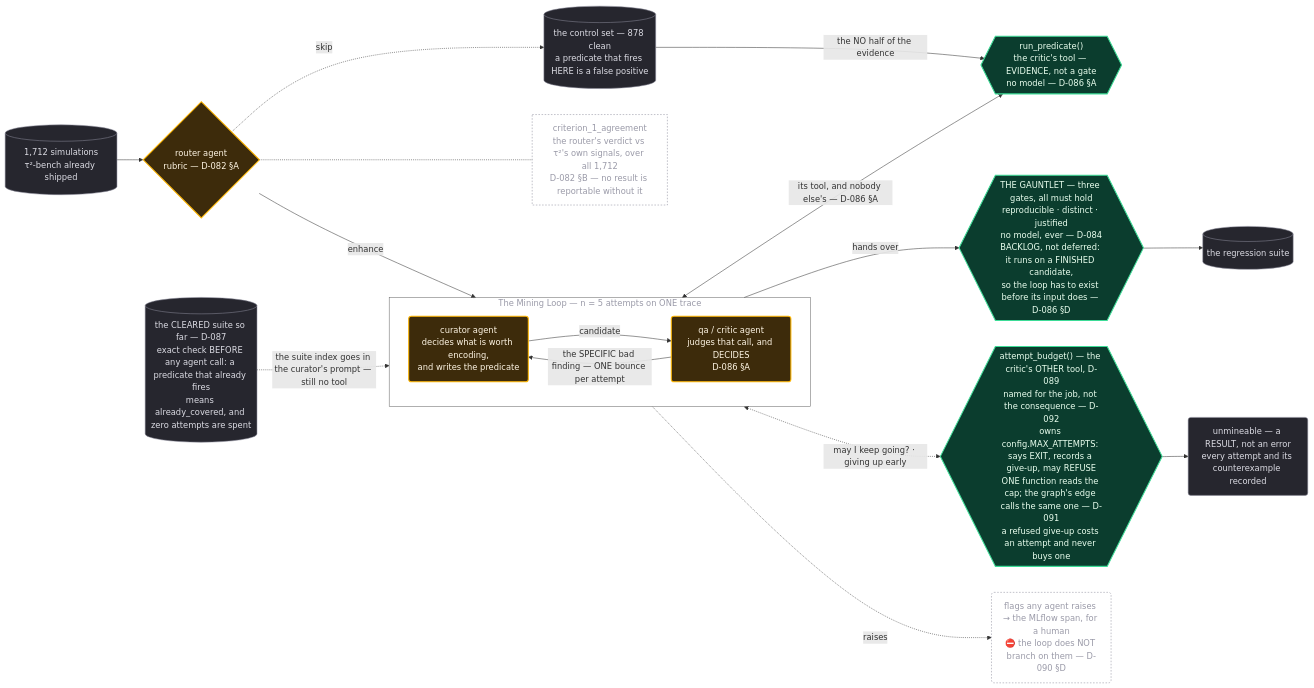
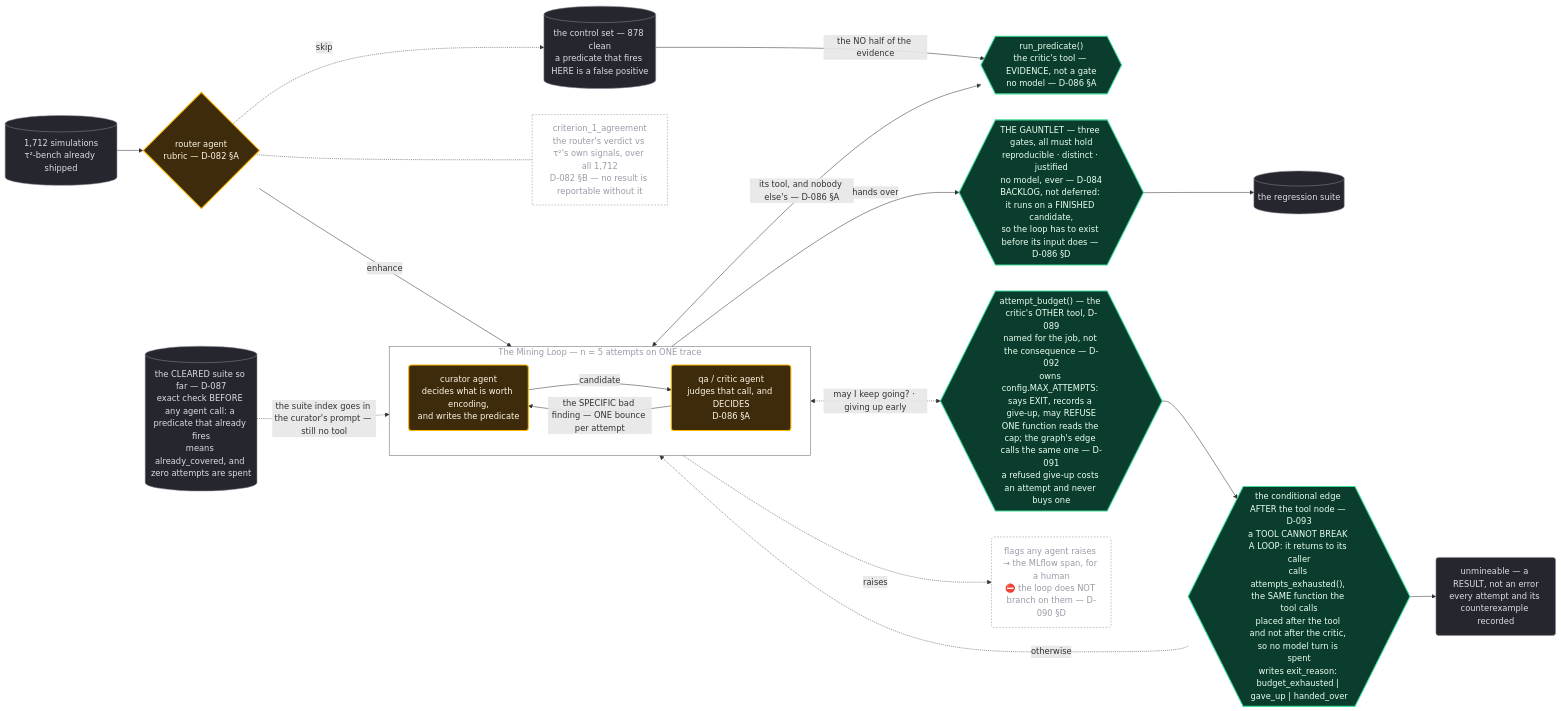
The diagram in diagrams/agents.mmd (sandeepyadav1478/touchstone), drawn with Mermaid before and after one commit. The commit also changed 4 other files, not shown here.

```diff
--- a/diagrams/agents.mmd
+++ b/diagrams/agents.mmd
@@ -1,53 +1,56 @@
 %% touchstone — the mining loop's three agents, and where the decision sits. D-082, D-086.
 %% The chain: router -> curator <-> critic <-> run_predicate, then critic -> the gauntlet -> suite.
 %% Every green node is mechanical. D-086: run_predicate is EVIDENCE the critic reads, not a gate.
 %% D-089: the critic holds TWO tools. unmineable is a RESULT it records, never a stage.
 flowchart LR
 
   IN[("1,712 simulations<br/>τ²-bench already shipped")]
   ROUTER{"router agent<br/>rubric — D-082 §A"}
 
   subgraph LOOP["The Mining Loop — n = 5 attempts on ONE trace"]
     direction LR
     CURATOR("curator agent<br/>decides what is worth encoding,<br/>and writes the predicate")
     CRITIC("qa / critic agent<br/>judges that call, and DECIDES<br/>D-086 §A")
     CURATOR -- "candidate" --> CRITIC
     CRITIC -- "the SPECIFIC bad finding — ONE bounce per attempt" --> CURATOR
   end
 
   TEST{{"run_predicate()<br/>the critic's tool — EVIDENCE, not a gate<br/>no model — D-086 §A"}}
   BUDGET{{"attempt_budget() — the critic's OTHER tool, D-089<br/>named for the job, not the consequence — D-092<br/>owns config.MAX_ATTEMPTS: says EXIT, records a give-up, may REFUSE<br/>ONE function reads the cap; the graph's edge calls the same one — D-091<br/>a refused give-up costs an attempt and never buys one"}}
   GAUNTLET{{"THE GAUNTLET — three gates, all must hold<br/>reproducible · distinct · justified<br/>no model, ever — D-084<br/>BACKLOG, not deferred: it runs on a FINISHED candidate,<br/>so the loop has to exist before its input does — D-086 §D"}}
   SUITE[("the regression suite")]
   CONTROL[("the control set — 878 clean<br/>a predicate that fires HERE is a false positive")]
   UNMINED("unmineable — a RESULT, not an error<br/>every attempt and its counterexample recorded")
   CAL["criterion_1_agreement<br/>the router's verdict vs τ²'s own signals, over all 1,712<br/>D-082 §B — no result is reportable without it"]
 
   CLEARED[("the CLEARED suite so far — D-087<br/>exact check BEFORE any agent call: a predicate that already fires<br/>means already_covered, and zero attempts are spent")]
 
   IN --> ROUTER
   CLEARED -. "the suite index goes in the curator's prompt — still no tool" .-> CURATOR
   ROUTER -- "enhance" --> CURATOR
   ROUTER -. "skip" .-> CONTROL
   CRITIC <-- "its tool, and nobody else's — D-086 §A" --> TEST
   CONTROL -- "the NO half of the evidence" --> TEST
   CRITIC -- "hands over" --> GAUNTLET
   CRITIC <-. "may I keep going? · giving up early" .-> BUDGET
   FLAG("flags any agent raises → the MLflow span, for a human<br/>⛔ the loop does NOT branch on them — D-090 §D")
   CRITIC -. "raises" .-> FLAG
-  BUDGET --> UNMINED
+  EDGE{{"the conditional edge AFTER the tool node — D-093<br/>a TOOL CANNOT BREAK A LOOP: it returns to its caller<br/>calls attempts_exhausted(), the SAME function the tool calls<br/>placed after the tool and not after the critic, so no model turn is spent<br/>writes exit_reason: budget_exhausted | gave_up | handed_over"}}
+  BUDGET --> EDGE
+  EDGE -. "otherwise" .-> CRITIC
+  EDGE --> UNMINED
   GAUNTLET --> SUITE
   ROUTER -.- CAL
 
   classDef agent fill:#3d2b0b,stroke:#ffb703,stroke-width:2px,color:#fff6e5
   classDef mech  fill:#0b3d2e,stroke:#3ddc97,stroke-width:2px,color:#eaffef
   classDef data  fill:#26262e,stroke:#8a8a99,color:#dcdce4
   classDef note  fill:none,stroke:#8a8a99,stroke-dasharray:3 3,color:#9a9aa8
   classDef box   fill:none,stroke:#666,color:#9a9aa8
 
   class ROUTER,CURATOR,CRITIC agent
-  class TEST,BUDGET,GAUNTLET mech
+  class TEST,BUDGET,EDGE,GAUNTLET mech
   class IN,SUITE,CONTROL,UNMINED data
   class CAL,FLAG note
   class CLEARED data
   class LOOP box
```
